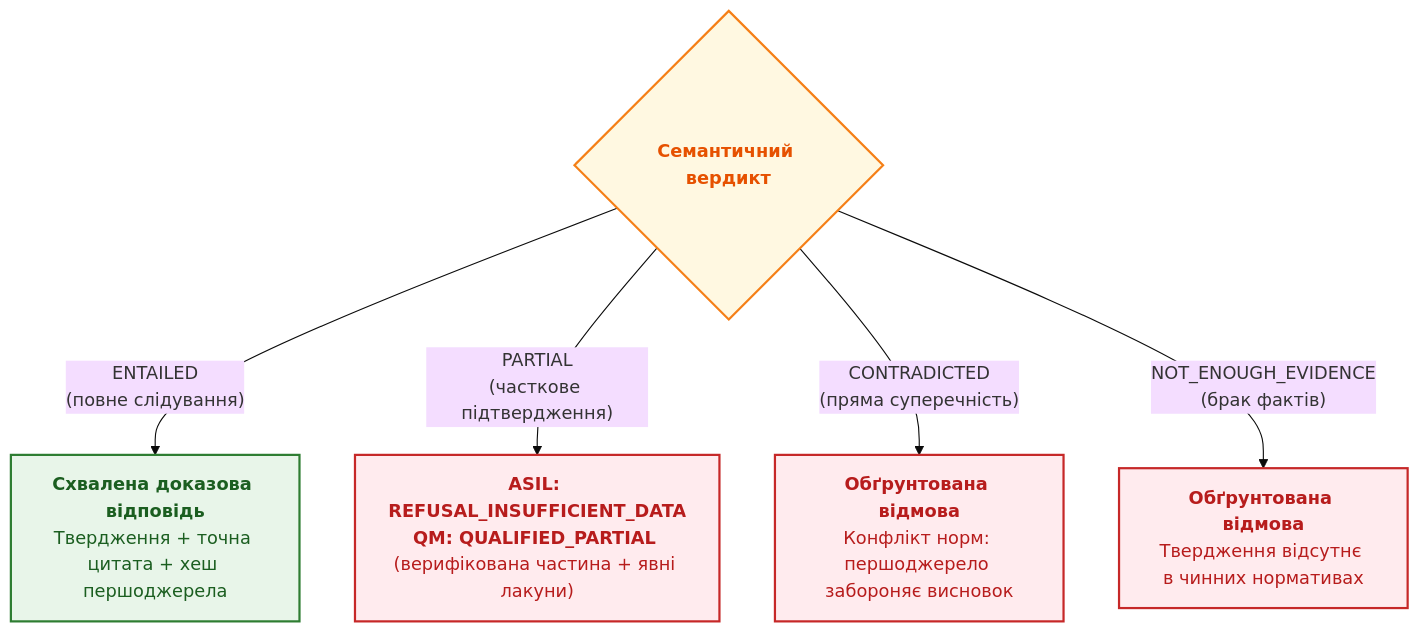
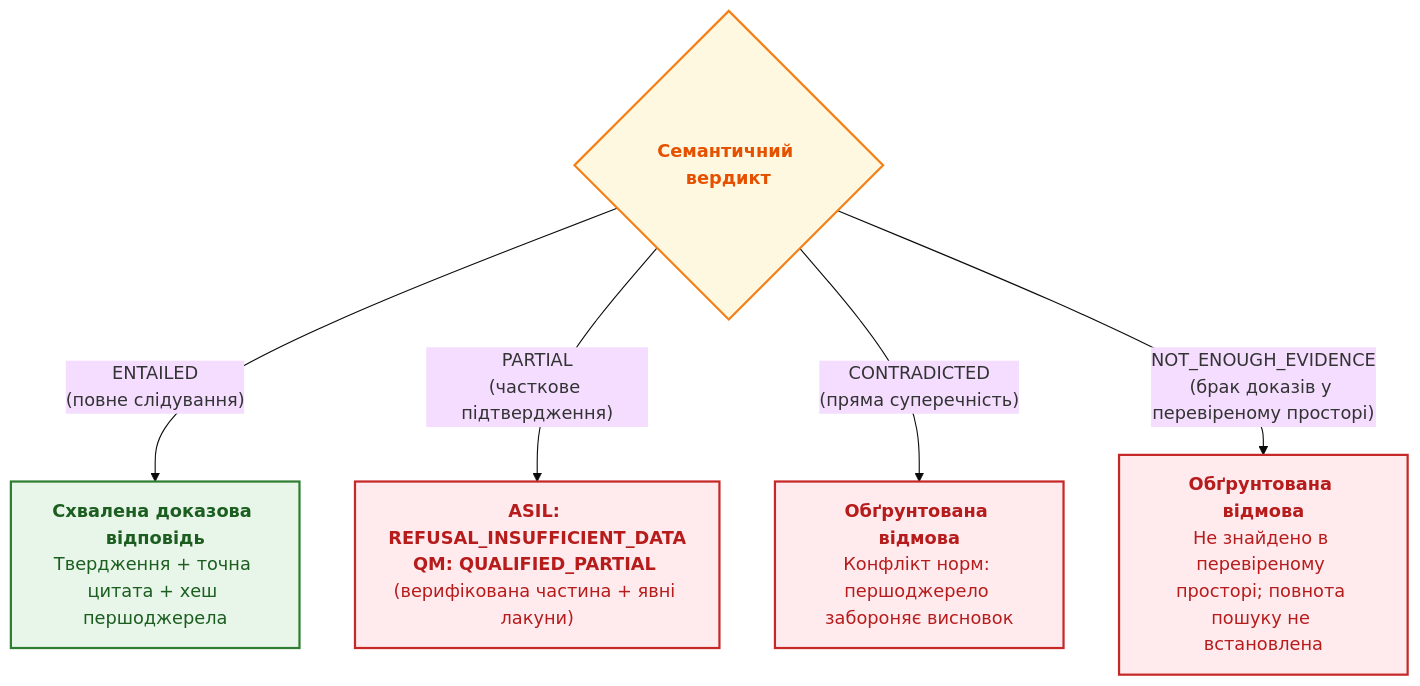
One commit to nick-fedchik/articles changed the sixth of 8 diagrams in ExpertSystem/ch19-from-question-to-evidence.md. Above: the diagram before and after it, drawn with Mermaid (base theme). The commit also changed other lines of this file and 193 other files, not shown here.

````diff
--- a/ExpertSystem/ch19-from-question-to-evidence.md
+++ b/ExpertSystem/ch19-from-question-to-evidence.md
@@ -901,19 +901,19 @@
 ```mermaid
 flowchart TD
     accTitle: Чотиризначний шлюз перевірки доказу твердження
     accDescr: Статус ENTAILED веде до схваленої відповіді, PARTIAL розгалужується за профілем безпеки на REFUSAL_INSUFFICIENT_DATA (ASIL) або QUALIFIED_PARTIAL (QM), а CONTRADICTED та NOT_ENOUGH_EVIDENCE переходять у стан безпечної відмови.
 
     V{"<b>Семантичний вердикт</b>"}
     V -->|"ENTAILED<br/>(повне слідування)"| OK["<b>Схвалена доказова відповідь</b><br/>Твердження + точна цитата + хеш першоджерела"]
     V -->|"PARTIAL<br/>(часткове підтвердження)"| REF1["<b>ASIL: REFUSAL_INSUFFICIENT_DATA</b><br/><b>QM: QUALIFIED_PARTIAL</b> (верифікована частина + явні лакуни)"]
     V -->|"CONTRADICTED<br/>(пряма суперечність)"| REF2["<b>Обґрунтована відмова</b><br/>Конфлікт норм: першоджерело забороняє висновок"]
-    V -->|"NOT_ENOUGH_EVIDENCE<br/>(брак фактів)"| REF3["<b>Обґрунтована відмова</b><br/>Твердження відсутнє в чинних нормативах"]
+	V -->|"NOT_ENOUGH_EVIDENCE<br/>(брак доказів у перевіреному просторі)"| REF3["<b>Обґрунтована відмова</b><br/>Не знайдено в перевіреному просторі; повнота пошуку не встановлена"]
 
     classDef ok fill:#e8f5e9,stroke:#2e7d32,stroke-width:2px,color:#1b5e20;
     classDef gate fill:#fff8e1,stroke:#f57f17,stroke-width:2px,color:#e65100;
     classDef no fill:#ffebee,stroke:#c62828,stroke-width:2px,color:#b71c1c;
 
     class V gate;
     class OK ok;
     class REF1,REF2,REF3 no;
 ```
````
